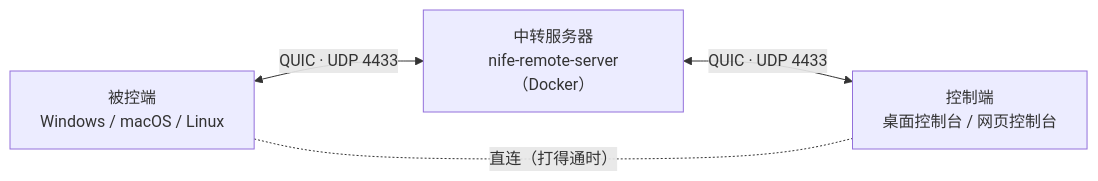
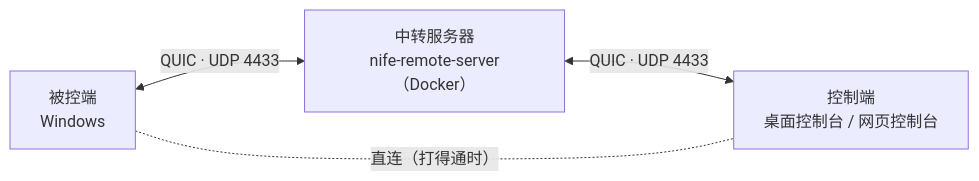
Before and after one commit to OliverMao/nife-remote: the diagram in README.zh-CN.md, drawn with Mermaid. The commit also changed other lines of this file and 34 other files, not shown here.

````diff
--- a/README.zh-CN.md
+++ b/README.zh-CN.md
@@ -58,9 +56,9 @@
 ```mermaid
 flowchart LR
-    host["被控端<br>Windows / macOS / Linux"]
+    host["被控端<br>Windows"]
     relay["中转服务器<br>nife-remote-server（Docker）"]
     ctrl["控制端<br>桌面控制台 / 网页控制台"]
     host <-->|"QUIC · UDP 4433"| relay
     relay <-->|"QUIC · UDP 4433"| ctrl
     host -. "直连（打得通时）" .- ctrl
 ```
````
